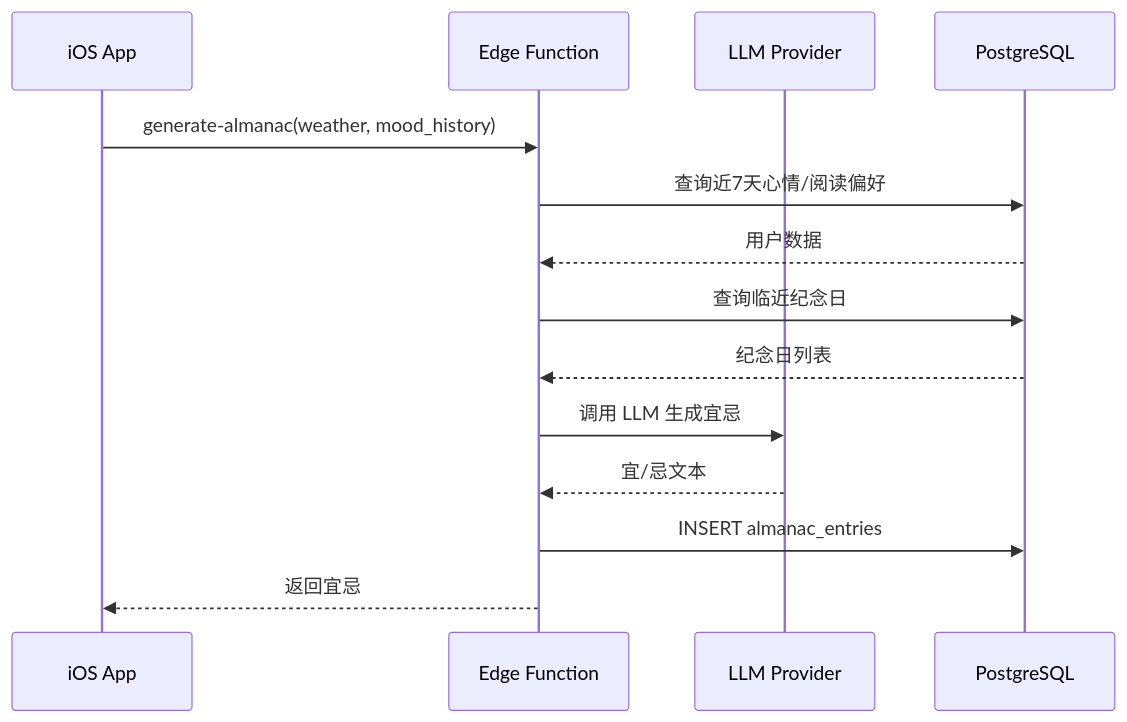
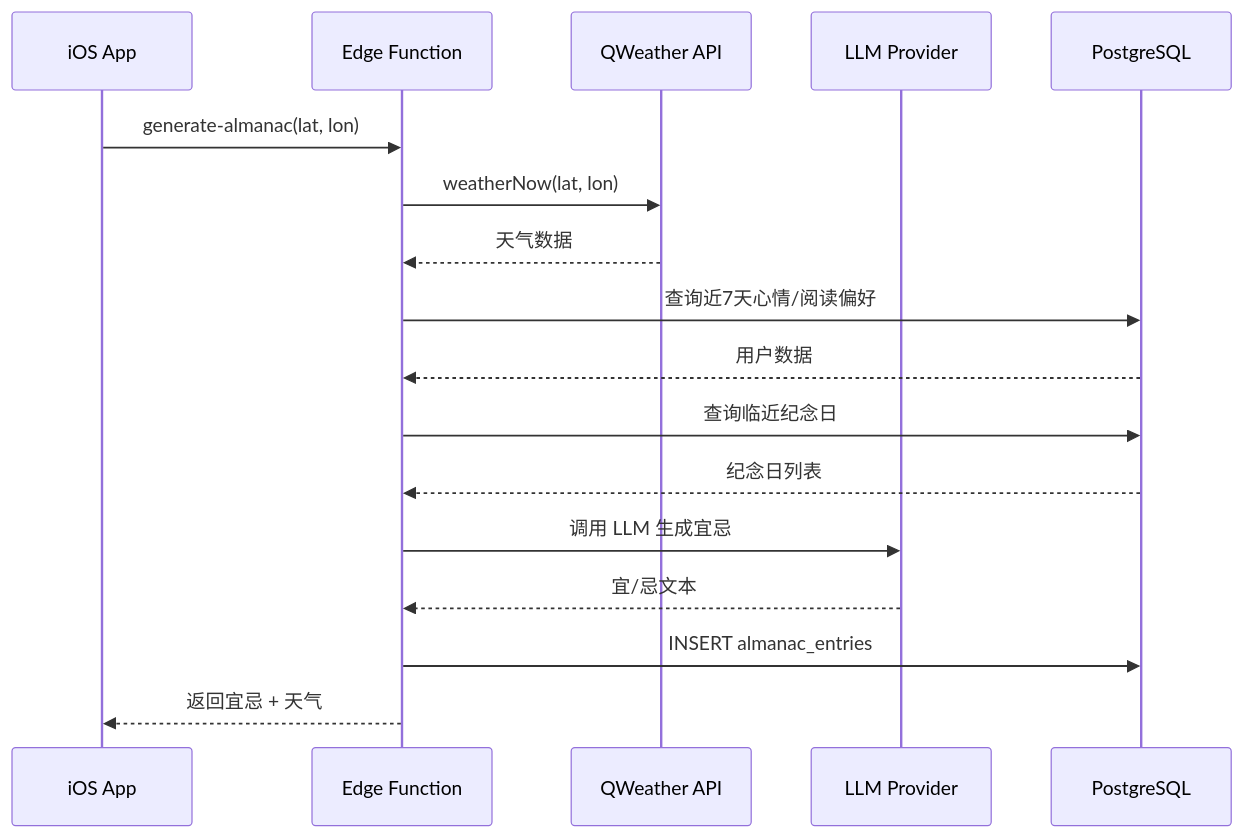
The third of 3 diagrams in docs/architecture.md (EvilIrving/daily-oracle), drawn with Mermaid before and after one commit. The commit also changed other lines of this file and 23 other files, not shown here.

````diff
--- a/docs/architecture.md
+++ b/docs/architecture.md
@@ -538,17 +554,20 @@
 ```mermaid
 sequenceDiagram
     participant App as iOS App
     participant Edge as Edge Function
+    participant QW as QWeather API
     participant LLM as LLM Provider
     participant DB as PostgreSQL
 
-    App->>Edge: generate-almanac(weather, mood_history)
+    App->>Edge: generate-almanac(lat, lon)
+    Edge->>QW: weatherNow(lat, lon)
+    QW-->>Edge: 天气数据
     Edge->>DB: 查询近7天心情/阅读偏好
     DB-->>Edge: 用户数据
     Edge->>DB: 查询临近纪念日
     DB-->>Edge: 纪念日列表
     Edge->>LLM: 调用 LLM 生成宜忌
     LLM-->>Edge: 宜/忌文本
     Edge->>DB: INSERT almanac_entries
-    Edge-->>App: 返回宜忌
+    Edge-->>App: 返回宜忌 + 天气
 ```
````
